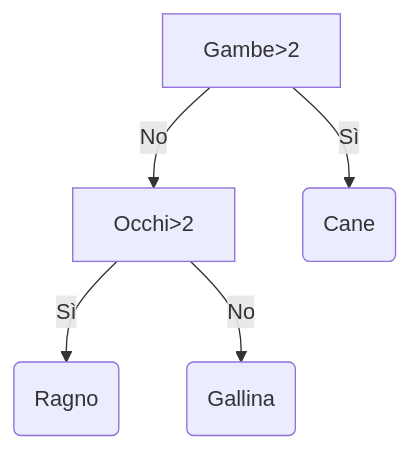
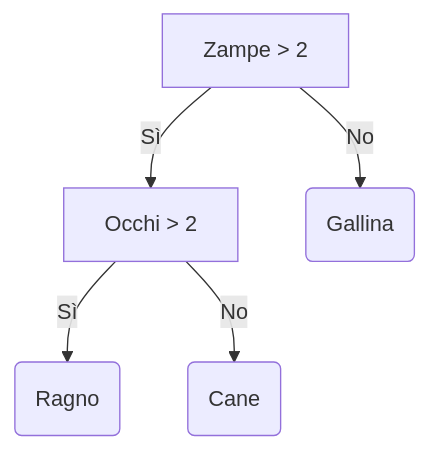
The first of 8 diagrams in docs/material/03_ml/06_trees/01_decision_trees.md (anhelus/pcs), drawn with Mermaid before and after one commit. The commit also changed other lines of this file and 9 other files, not shown here.

````diff
--- a/docs/material/03_ml/06_trees/01_decision_trees.md
+++ b/docs/material/03_ml/06_trees/01_decision_trees.md
@@ -30,7 +22,7 @@
 ```mermaid
 flowchart TB
-  A[Gambe>2] -->|No| B[Occhi>2]
-  A -->|Sì| C(Cane)
+  A["Zampe > 2"] -->|Sì| B["Occhi > 2"]
+  A -->|No| C(Gallina)
   B -->|Sì| D(Ragno)
-  B -->|No| E(Gallina)
+  B -->|No| E(Cane)
 ```
````
